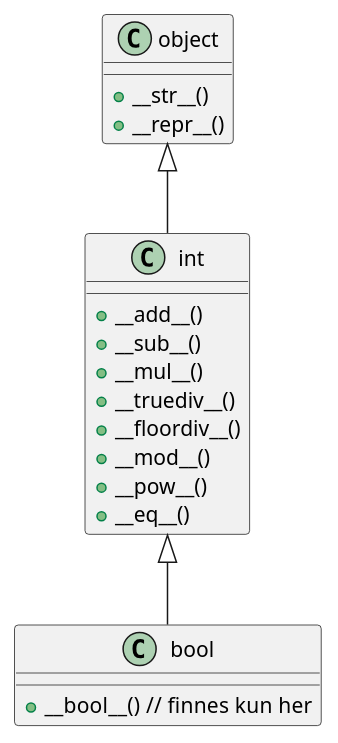
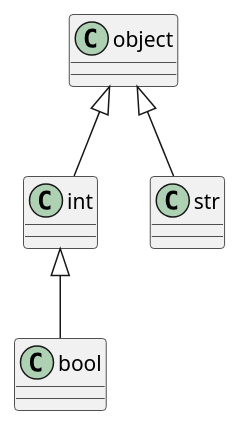
One commit to johanhake/it2-kodeekssempler-25-26 changed the diagram in runde1/eksempler/kap_1.8/int-bool.puml. Above: the diagram before and after it, drawn with PlantUML. The commit also changed 1 other file, not shown here.

Commit message:
La til klassediagram

```diff
--- a/runde1/eksempler/kap_1.8/int-bool.puml
+++ b/runde1/eksempler/kap_1.8/int-bool.puml
@@ -1,27 +1,17 @@
-@startuml
+@startuml arv
 class object {
-  + __str__()
-  + __repr__()
 }
 
 class int {
-  + __add__()
-  + __sub__()
-  + __mul__()
-  + __truediv__()
-  + __floordiv__()
-  + __mod__()
-  + __pow__()
-  + __eq__()
-/'  + __lt__()
-  // arver __str__() og __repr__()'/
 }
 
 class bool {
-  + __bool__()  // finnes kun her
-  /'// arver __str__() og __repr__()'/
+}
+
+class str {
 }
 
 object <|-- int
+object <|-- str
 int <|-- bool
 @enduml
```
